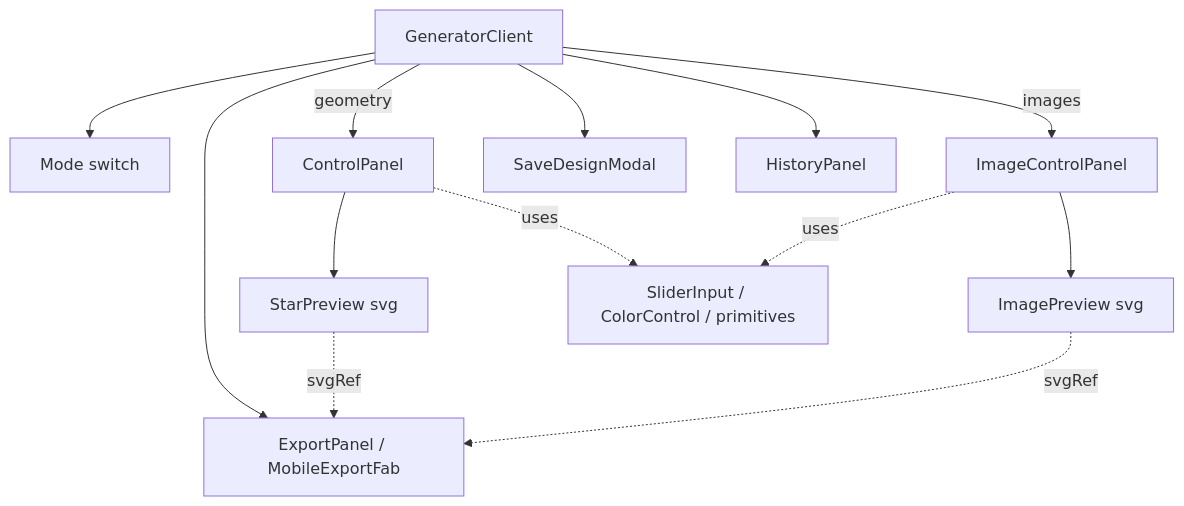
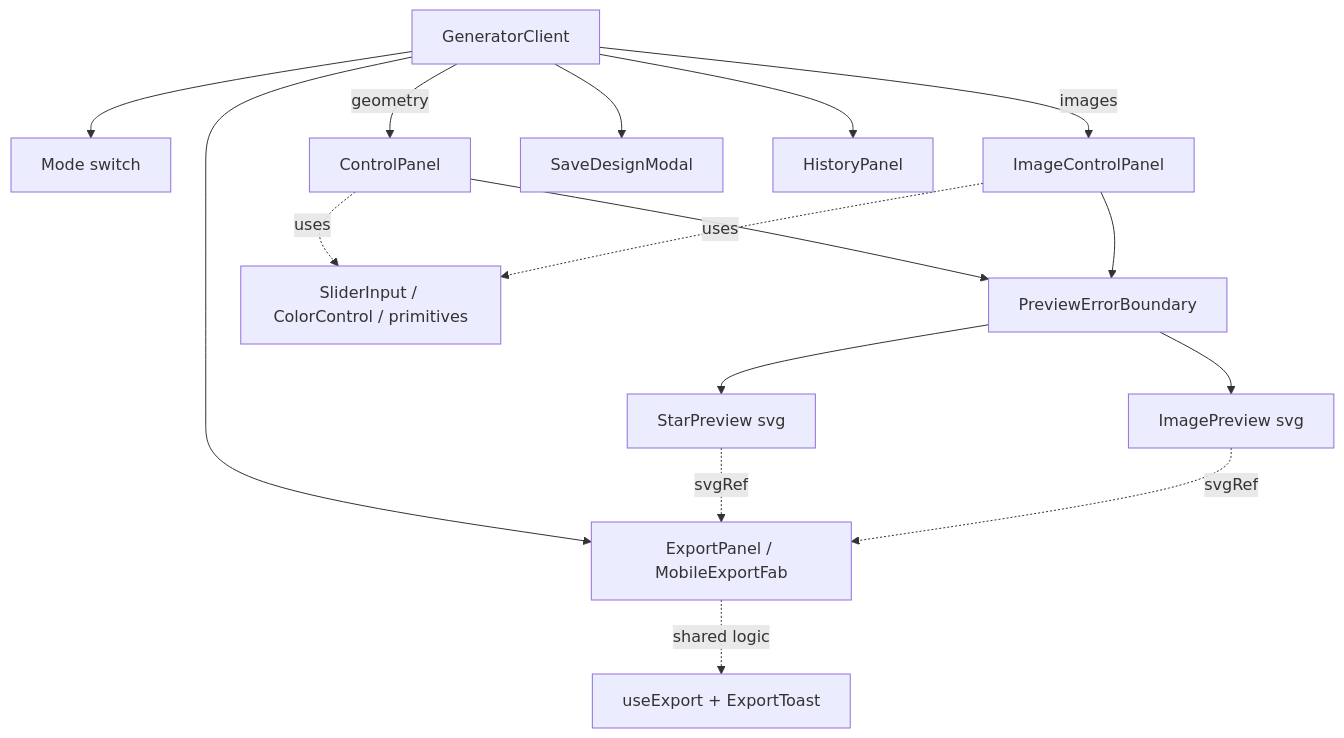
One commit to n-wlm/ninestargen changed the second of 2 diagrams in docs/sections/20-architecture.md. Above: the diagram before and after it, drawn with Mermaid. The commit also changed other lines of this file and 8 other files, not shown here.

First line of the commit message:
Phase 5: unify export logic in useExport hook + shared ExportToast

````diff
--- a/docs/sections/20-architecture.md
+++ b/docs/sections/20-architecture.md
@@ -31,13 +31,14 @@
 ```mermaid
 flowchart TD
   GC[GeneratorClient] --> MT[Mode switch]
-  GC -->|geometry| CP[ControlPanel] --> SP[StarPreview svg]
-  GC -->|images| ICP[ImageControlPanel] --> IP[ImagePreview svg]
+  GC -->|geometry| CP[ControlPanel] --> EB[PreviewErrorBoundary] --> SP[StarPreview svg]
+  GC -->|images| ICP[ImageControlPanel] --> EB --> IP[ImagePreview svg]
   GC --> EP[ExportPanel / MobileExportFab]
+  EP -.shared logic.-> UE[useExport + ExportToast]
   GC --> SM[SaveDesignModal]
   GC --> HP[HistoryPanel]
   CP -.uses.-> SI[SliderInput / ColorControl / primitives]
   ICP -.uses.-> SI
   SP -.svgRef.-> EP
   IP -.svgRef.-> EP
 ```
````
